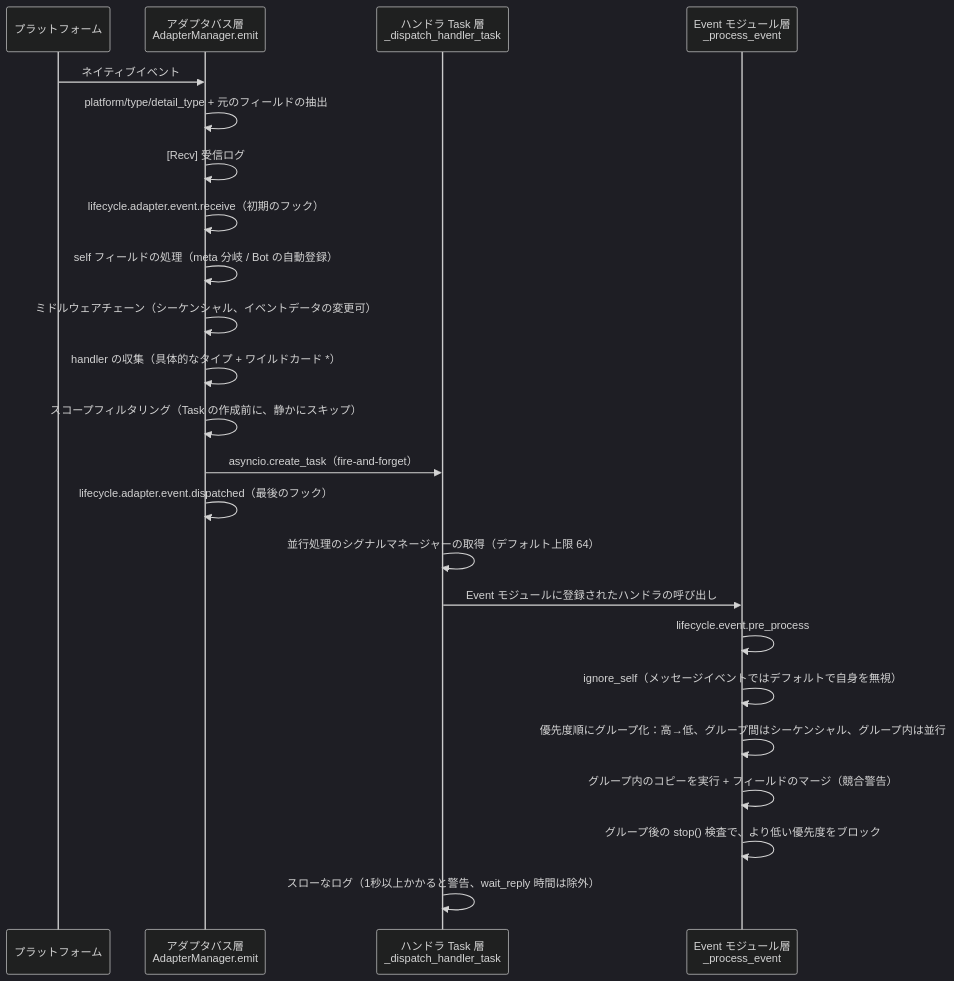
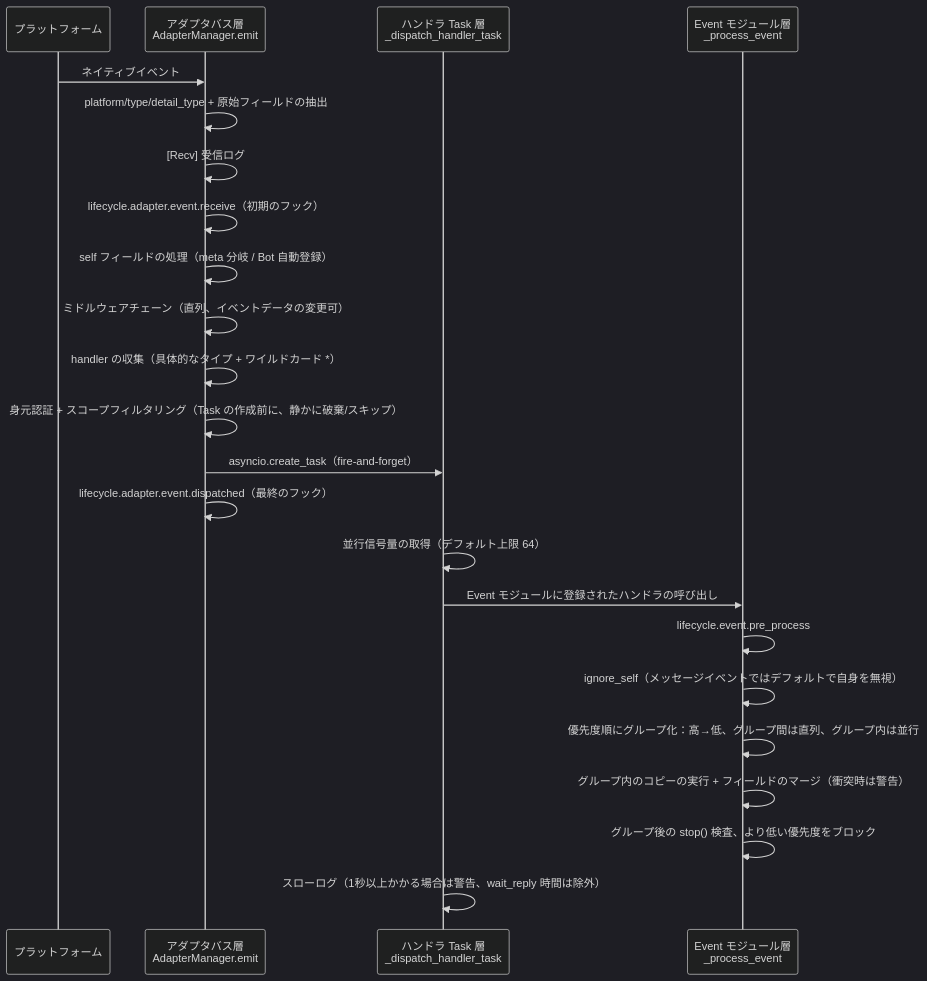
One commit to ErisPulse/ErisPulse changed the fourth of 9 diagrams in docs/ja/architecture.md. Above: the diagram before and after it, drawn with Mermaid (dark theme). The commit also changed other lines of this file and 299 other files, not shown here.

````diff
--- a/docs/ja/architecture.md
+++ b/docs/ja/architecture.md
@@ -111,26 +111,26 @@
 ```mermaid
 sequenceDiagram
     participant P as プラットフォーム
     participant A as アダプタバス層<br/>AdapterManager.emit
     participant T as ハンドラ Task 層<br/>_dispatch_handler_task
     participant E as Event モジュール層<br/>_process_event
 
     P->>A: ネイティブイベント
-    A->>A: platform/type/detail_type + 元のフィールドの抽出
+    A->>A: platform/type/detail_type + 原始フィールドの抽出
     A->>A: [Recv] 受信ログ
     A->>A: lifecycle.adapter.event.receive（初期のフック）
-    A->>A: self フィールドの処理（meta 分岐 / Bot の自動登録）
-    A->>A: ミドルウェアチェーン（シーケンシャル、イベントデータの変更可）
+    A->>A: self フィールドの処理（meta 分岐 / Bot 自動登録）
+    A->>A: ミドルウェアチェーン（直列、イベントデータの変更可）
     A->>A: handler の収集（具体的なタイプ + ワイルドカード *）
-    A->>A: スコープフィルタリング（Task の作成前に、静かにスキップ）
+    A->>A: 身元認証 + スコープフィルタリング（Task の作成前に、静かに破棄/スキップ）
     A->>T: asyncio.create_task（fire-and-forget）
-    A->>A: lifecycle.adapter.event.dispatched（最後のフック）
-    T->>T: 並行処理のシグナルマネージャーの取得（デフォルト上限 64）
+    A->>A: lifecycle.adapter.event.dispatched（最終のフック）
+    T->>T: 並行信号量の取得（デフォルト上限 64）
     T->>E: Event モジュールに登録されたハンドラの呼び出し
     E->>E: lifecycle.event.pre_process
     E->>E: ignore_self（メッセージイベントではデフォルトで自身を無視）
-    E->>E: 優先度順にグループ化：高→低、グループ間はシーケンシャル、グループ内は並行
-    E->>E: グループ内のコピーを実行 + フィールドのマージ（競合警告）
-    E->>E: グループ後の stop() 検査で、より低い優先度をブロック
-    T->>T: スローなログ（1秒以上かかると警告、wait_reply 時間は除外）
+    E->>E: 優先度順にグループ化：高→低、グループ間は直列、グループ内は並行
+    E->>E: グループ内のコピーの実行 + フィールドのマージ（衝突時は警告）
+    E->>E: グループ後の stop() 検査、より低い優先度をブロック
+    T->>T: スローログ（1秒以上かかる場合は警告、wait_reply 時間は除外）
 ```
````
